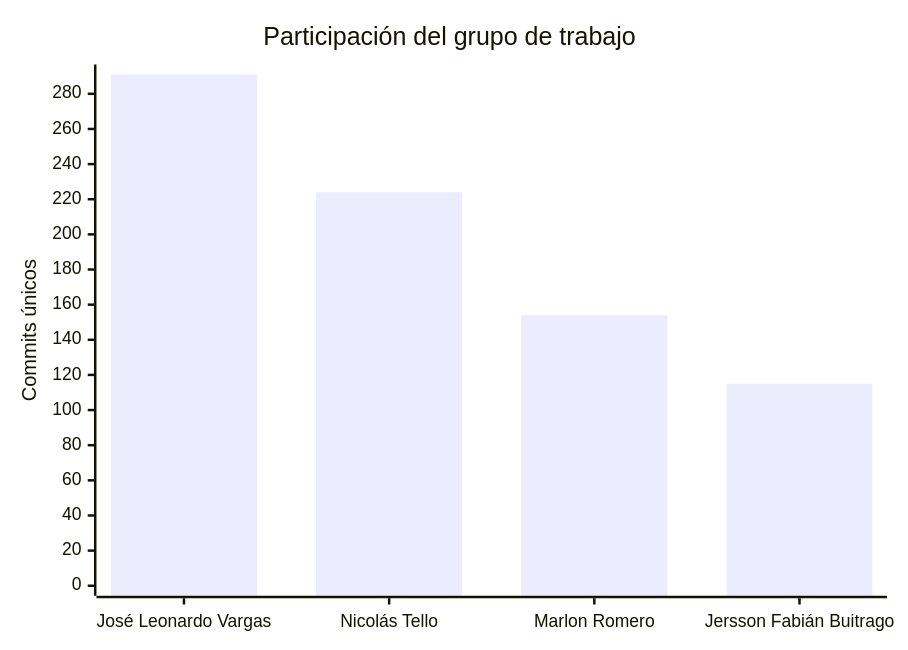
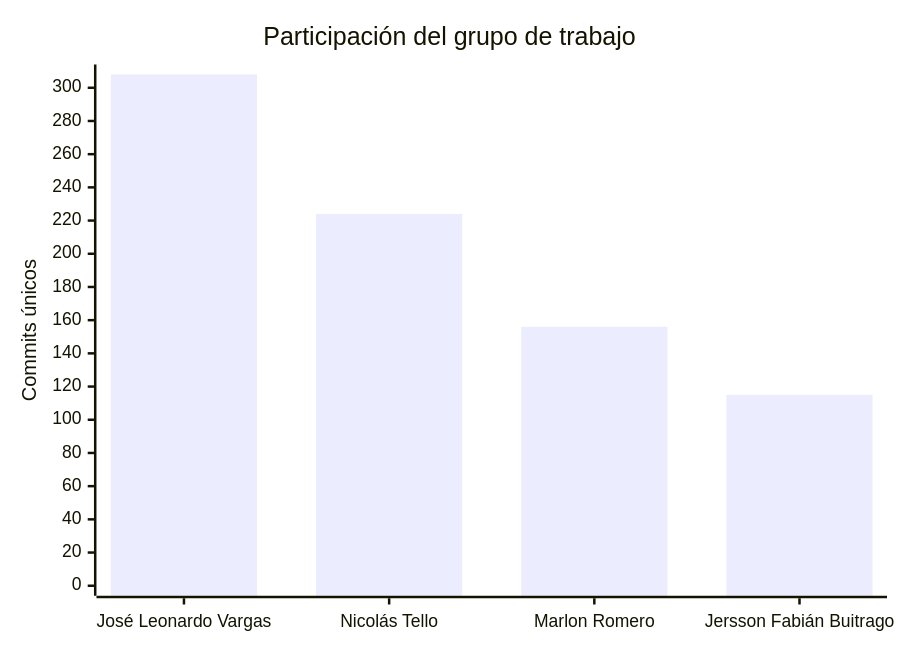
Before and after one commit to FarmaExpres/FarmaExpres: the second of 2 diagrams in README.md, drawn with Mermaid. The commit also changed other lines of this file and 1 other file, not shown here.

````diff
--- a/README.md
+++ b/README.md
@@ -403,7 +403,7 @@
 ```mermaid
 xychart-beta
     title "Participación del grupo de trabajo"
     x-axis ["José Leonardo Vargas", "Nicolás Tello", "Marlon Romero", "Jersson Fabián Buitrago"]
-    y-axis "Commits únicos" 0 --> 291
-    bar [291, 224, 154, 115]
+    y-axis "Commits únicos" 0 --> 308
+    bar [308, 224, 156, 115]
 ```
````
